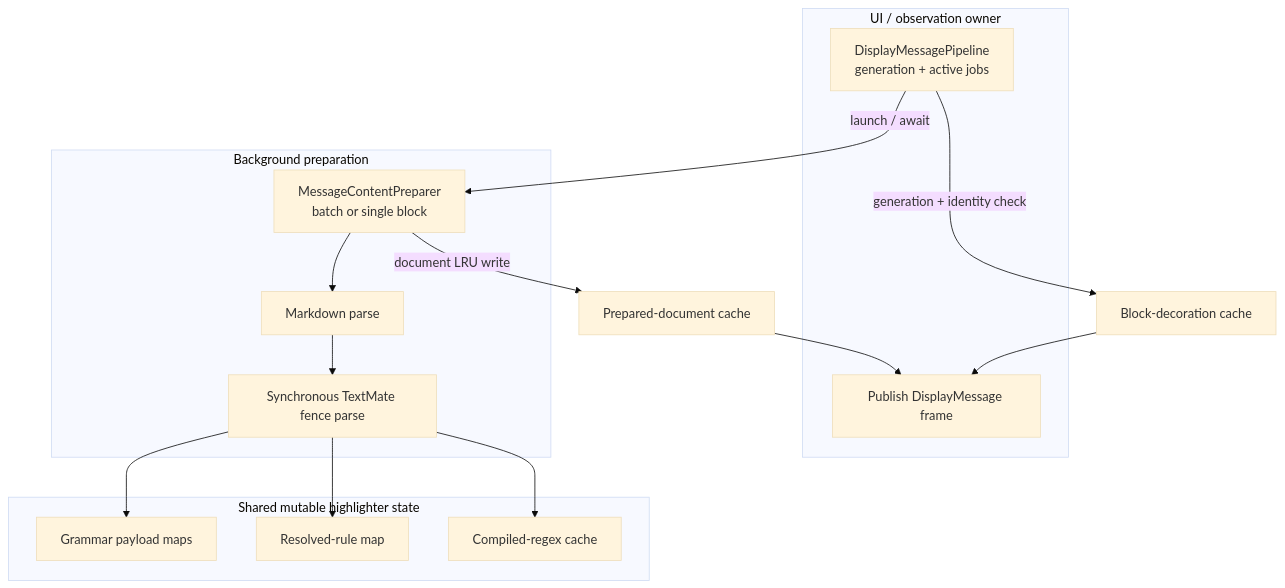
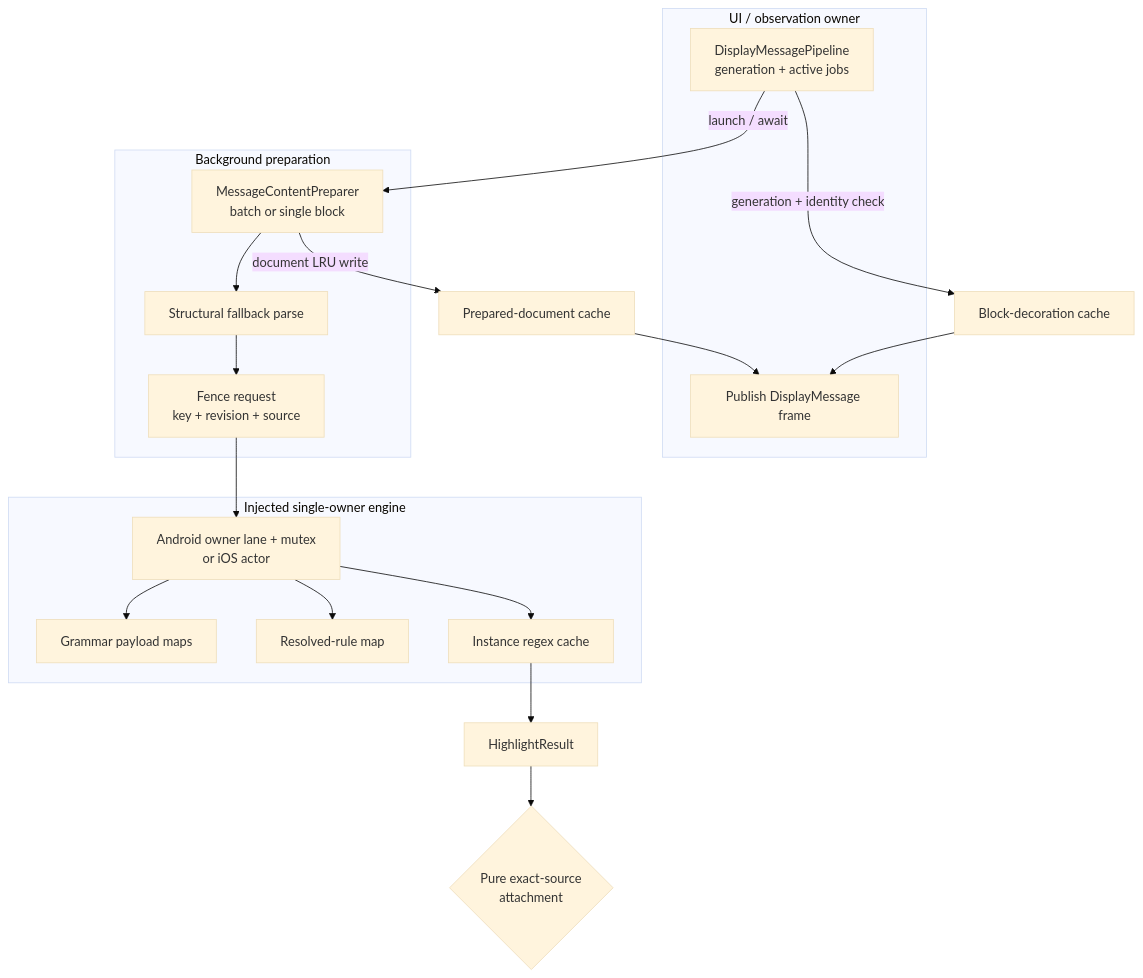
The seventh of 10 diagrams in docs/features/native-rendered-markdown/textmate-markdown-highlighter-architecture-report.md (opencode-mobile/opencode-mobile), drawn with Mermaid (base theme) before and after one commit. The commit also changed other lines of this file and 36 other files, not shown here.

Commit message:
feat: add TextMate highlighting engine boundary

````diff
--- a/docs/features/native-rendered-markdown/textmate-markdown-highlighter-architecture-report.md
+++ b/docs/features/native-rendered-markdown/textmate-markdown-highlighter-architecture-report.md
@@ -572,27 +575,31 @@
 ```mermaid
 flowchart TB
     subgraph UI["UI / observation owner"]
         A["DisplayMessagePipeline<br/>generation + active jobs"]
         B["Publish DisplayMessage frame"]
     end
     subgraph Worker["Background preparation"]
         C["MessageContentPreparer<br/>batch or single block"]
-        D["Markdown parse"]
-        E["Synchronous TextMate fence parse"]
+        D["Structural fallback parse"]
+        E["Fence request<br/>key + revision + source"]
     end
-    subgraph Shared["Shared mutable highlighter state"]
+    subgraph Engine["Injected single-owner engine"]
+        K["Android owner lane + mutex<br/>or iOS actor"]
         F["Grammar payload maps"]
         G["Resolved-rule map"]
-        H["Compiled-regex cache"]
+        H["Instance regex cache"]
     end
 
     A -->|"launch / await"| C
     C --> D --> E
-    E --> F
-    E --> G
-    E --> H
+    E --> K
+    K --> F
+    K --> G
+    K --> H
+    H --> L["HighlightResult"]
+    L --> M{"Pure exact-source<br/>attachment"}
     C -->|"document LRU write"| I["Prepared-document cache"]
     A -->|"generation + identity check"| J["Block-decoration cache"]
     J --> B
     I --> B
 ```
````
